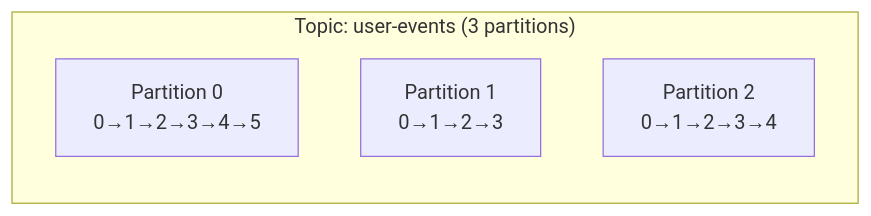
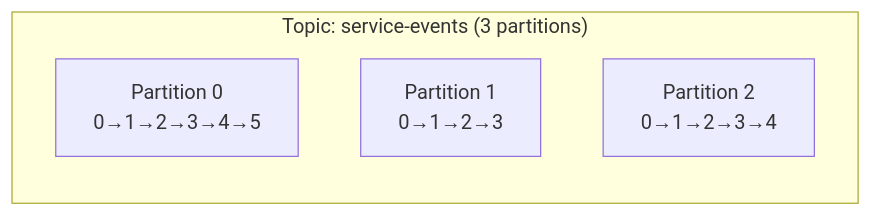
Before and after one commit to sanketn26/data-engineering: the diagram in docs/kafka/log.md, drawn with Mermaid. The commit also changed other lines of this file and 107 other files, not shown here.

````diff
--- a/docs/kafka/log.md
+++ b/docs/kafka/log.md
@@ -47,8 +54,8 @@
 ```mermaid
 graph LR
-    subgraph "Topic: user-events (3 partitions)"
+    subgraph "Topic: service-events (3 partitions)"
         P0["Partition 0\n0→1→2→3→4→5"]
         P1["Partition 1\n0→1→2→3"]
         P2["Partition 2\n0→1→2→3→4"]
     end
 ```
````
